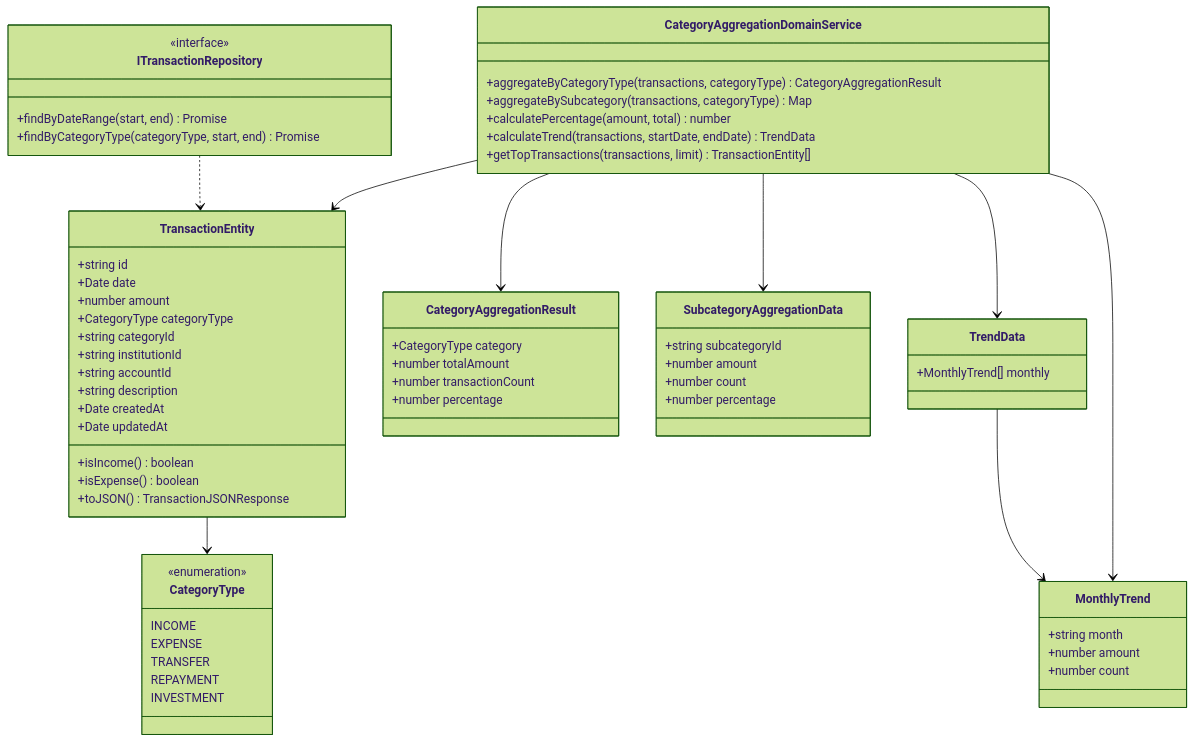
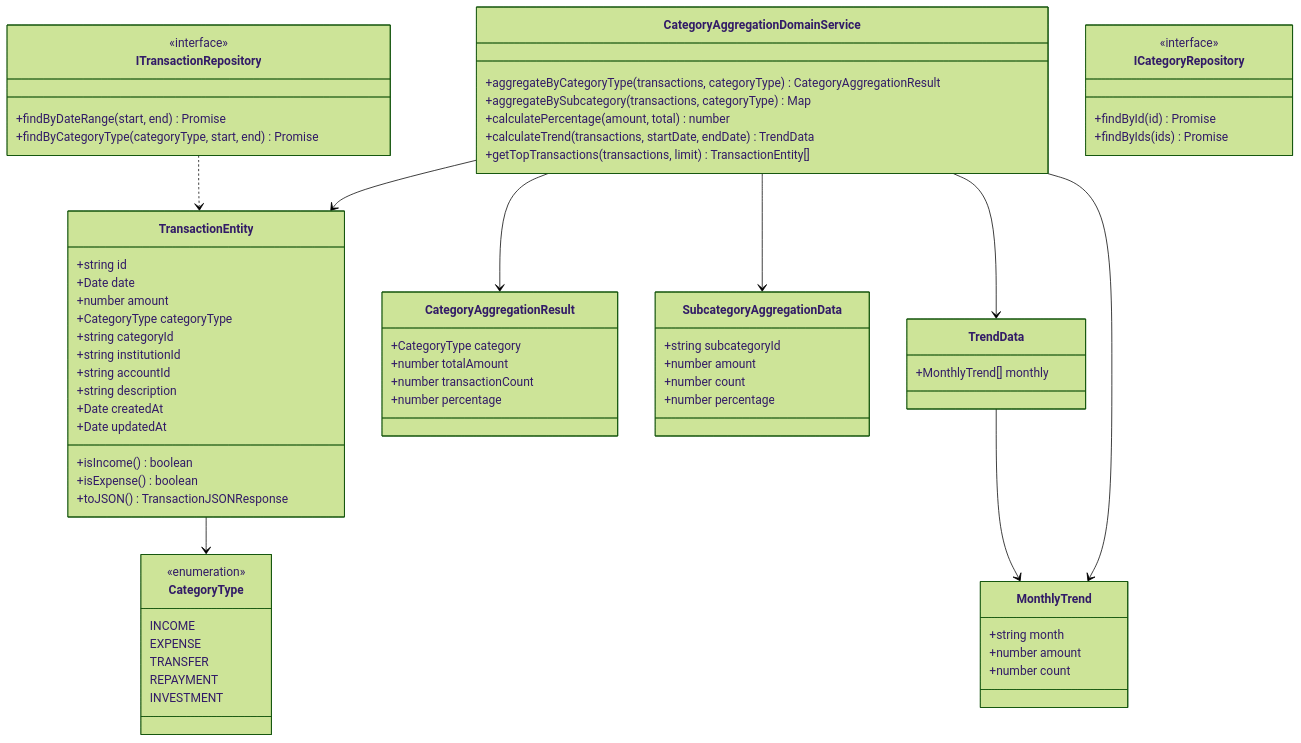
One commit to kencom2400/account-book changed the first of 4 diagrams in docs/detailed-design/FR-018_category-aggregation/class-diagrams.md. Above: the diagram before and after it, drawn with Mermaid (forest theme). The commit also changed 2 other files, not shown here.

Commit message:
docs: Gemini指摘対応 - 残りの4件の修正
1. シーケンス図の特定カテゴリのみ集計のレスポンス形式を配列に修正
2. CalculateCategoryAggregationUseCaseのgetCategoryNameメソッドを削除（N+1問題対策）
3. ICategoryRepositoryをDomain層に移動（Onion Architecture原則）
4. README.mdのデータモデルセクションを整理（ドメインモデルとDTOの分離）

Issue: #47

````diff
--- a/docs/detailed-design/FR-018_category-aggregation/class-diagrams.md
+++ b/docs/detailed-design/FR-018_category-aggregation/class-diagrams.md
@@ -18,74 +18,80 @@
 ```mermaid
 classDiagram
     class TransactionEntity {
         +string id
         +Date date
         +number amount
         +CategoryType categoryType
         +string categoryId
         +string institutionId
         +string accountId
         +string description
         +Date createdAt
         +Date updatedAt
         +isIncome() boolean
         +isExpense() boolean
         +toJSON() TransactionJSONResponse
     }
 
     class CategoryType {
         <<enumeration>>
         INCOME
         EXPENSE
         TRANSFER
         REPAYMENT
         INVESTMENT
     }
 
     class CategoryAggregationDomainService {
         +aggregateByCategoryType(transactions, categoryType) CategoryAggregationResult
         +aggregateBySubcategory(transactions, categoryType) Map<string, SubcategoryAggregationData>
         +calculatePercentage(amount, total) number
         +calculateTrend(transactions, startDate, endDate) TrendData
         +getTopTransactions(transactions, limit) TransactionEntity[]
     }
 
     class CategoryAggregationResult {
         +CategoryType category
         +number totalAmount
         +number transactionCount
         +number percentage
     }
 
     class SubcategoryAggregationData {
         +string subcategoryId
         +number amount
         +number count
         +number percentage
     }
 
     class TrendData {
         +MonthlyTrend[] monthly
     }
 
     class MonthlyTrend {
         +string month
         +number amount
         +number count
     }
 
     class ITransactionRepository {
         <<interface>>
         +findByDateRange(start, end) Promise<TransactionEntity[]>
         +findByCategoryType(categoryType, start, end) Promise<TransactionEntity[]>
     }
 
+    class ICategoryRepository {
+        <<interface>>
+        +findById(id) Promise<CategoryEntity | null>
+        +findByIds(ids) Promise<CategoryEntity[]>
+    }
+
     TransactionEntity --> CategoryType
     CategoryAggregationDomainService --> TransactionEntity
     CategoryAggregationDomainService --> CategoryAggregationResult
     CategoryAggregationDomainService --> SubcategoryAggregationData
     CategoryAggregationDomainService --> TrendData
     CategoryAggregationDomainService --> MonthlyTrend
     TrendData --> MonthlyTrend
     ITransactionRepository ..> TransactionEntity
 ```
````
